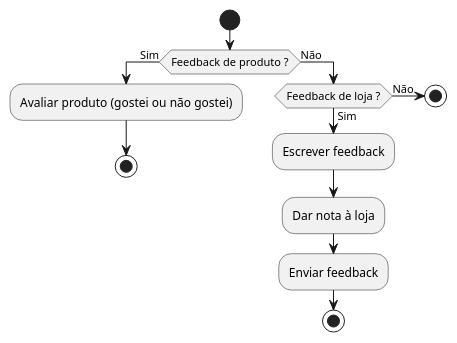
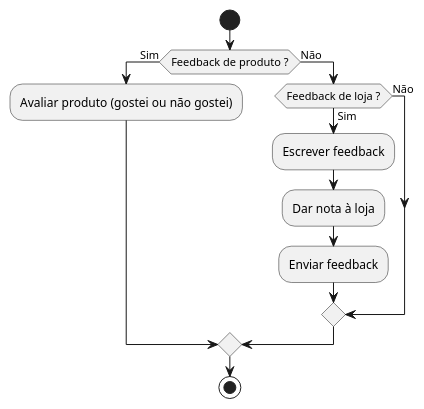
The diagram in activity/enviar-feedback.wsd (victoralvess/ineed-uml-diagrams), drawn with PlantUML before and after one commit. The commit also changed 34 other files, not shown here.

```diff
--- a/activity/enviar-feedback.wsd
+++ b/activity/enviar-feedback.wsd
@@ -1,17 +1,14 @@
 @startuml
 start
 if (Feedback de produto ?) then (Sim)
         :Avaliar produto (gostei ou não gostei);
-        stop
 else (Não)
         if (Feedback de loja ?) then (Sim)
                 :Escrever feedback;
                 :Dar nota à loja;
                 :Enviar feedback;
-
-                stop
         else (Não)
-                stop
         endif
 endif
+stop
 @enduml
```
